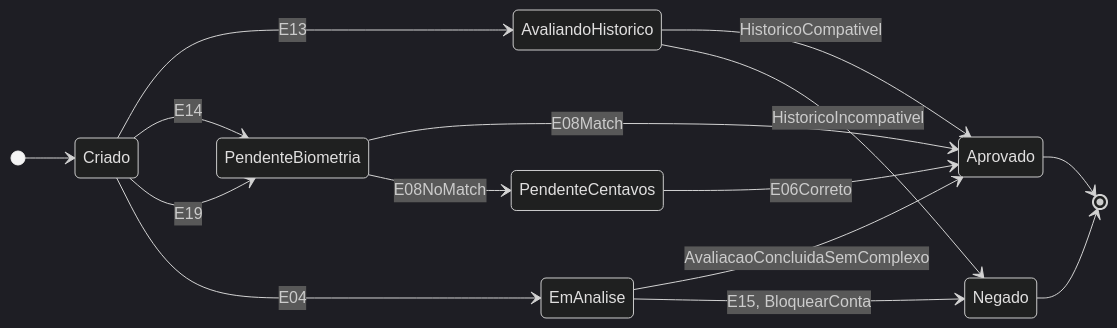
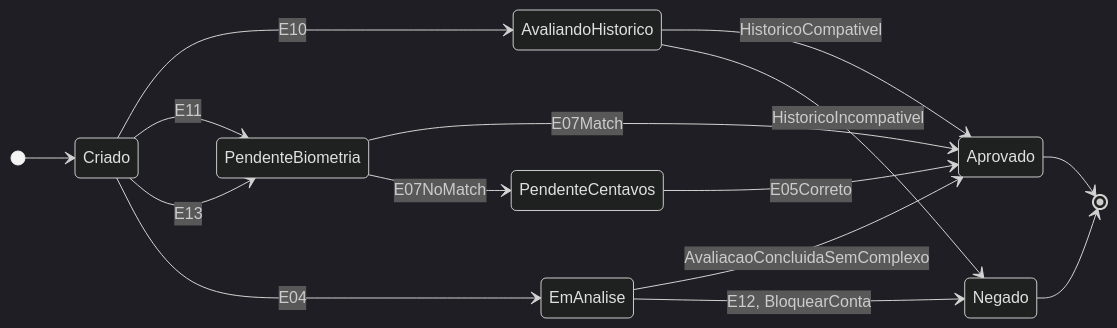
The third of 6 diagrams in ponderada-cep-antifraude.md (AndreLobo1/scsdscd), drawn with Mermaid (dark theme) before and after one commit. The commit also changed other lines of this file, not shown here.

````diff
--- a/ponderada-cep-antifraude.md
+++ b/ponderada-cep-antifraude.md
@@ -248,18 +246,18 @@
 ```mermaid
 stateDiagram-v2
     direction LR
     [*] --> Criado
-    Criado --> AvaliandoHistorico : E13
-    Criado --> PendenteBiometria : E14
-    Criado --> PendenteBiometria : E19
+    Criado --> AvaliandoHistorico : E10
+    Criado --> PendenteBiometria : E11
+    Criado --> PendenteBiometria : E13
     Criado --> EmAnalise : E04
     EmAnalise --> Aprovado : AvaliacaoConcluidaSemComplexo
-    EmAnalise --> Negado : E15, BloquearConta
+    EmAnalise --> Negado : E12, BloquearConta
     AvaliandoHistorico --> Aprovado : HistoricoCompativel
     AvaliandoHistorico --> Negado : HistoricoIncompativel
-    PendenteCentavos --> Aprovado : E06Correto
-    PendenteBiometria --> Aprovado : E08Match
-    PendenteBiometria --> PendenteCentavos : E08NoMatch
+    PendenteCentavos --> Aprovado : E05Correto
+    PendenteBiometria --> Aprovado : E07Match
+    PendenteBiometria --> PendenteCentavos : E07NoMatch
     Aprovado --> [*]
     Negado --> [*]
 ```
````
